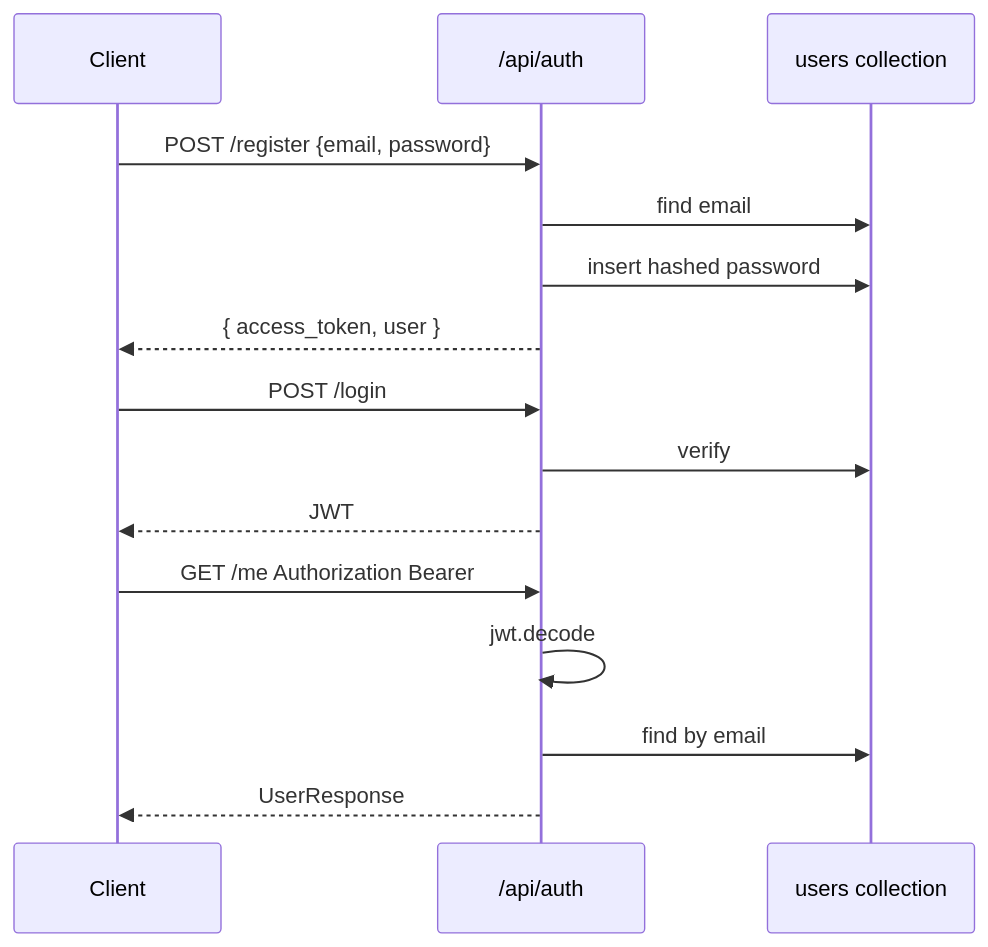
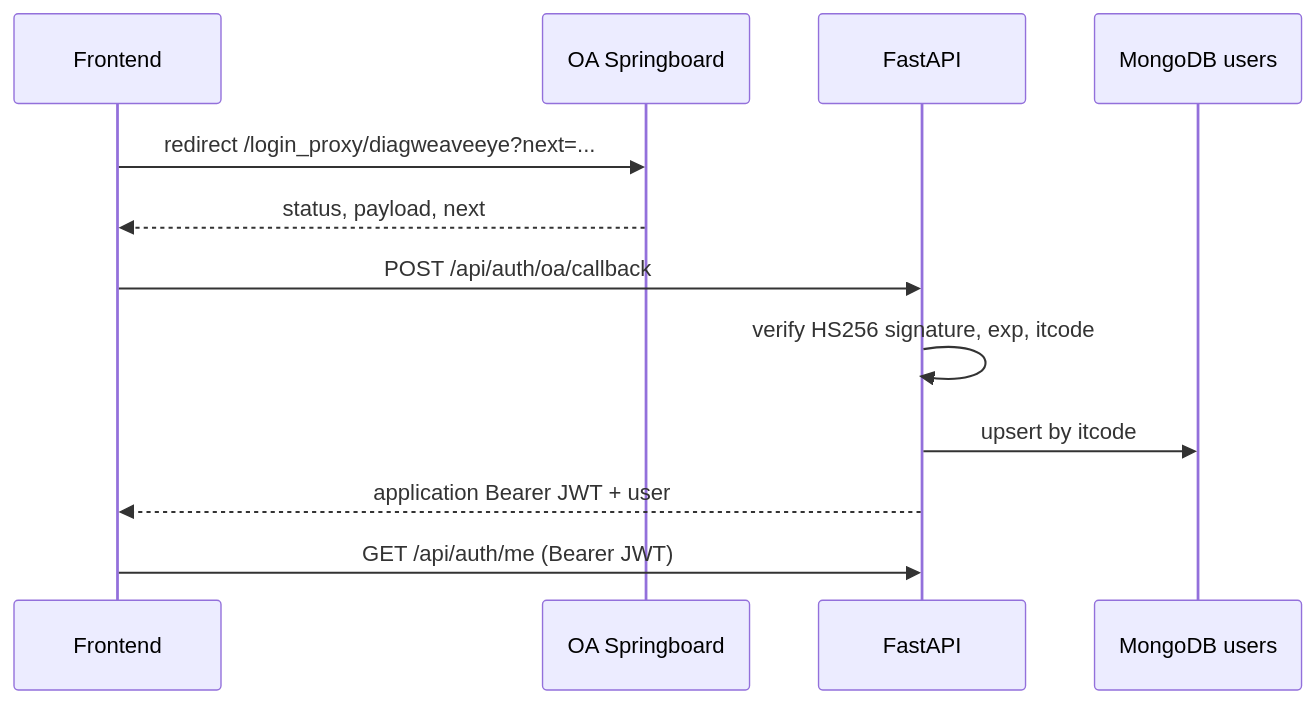
The diagram in diag_backend/docs/workflows/authentication.md (hankerbiao/diag_dashboard), drawn with Mermaid before and after one commit. The commit also changed other lines of this file and 45 other files, not shown here.

````diff
--- a/diag_backend/docs/workflows/authentication.md
+++ b/diag_backend/docs/workflows/authentication.md
@@ -3,20 +3,14 @@
 ```mermaid
 sequenceDiagram
-  participant C as Client
-  participant A as /api/auth
-  participant U as users collection
-
-  C->>A: POST /register {email, password}
-  A->>U: find email
-  A->>U: insert hashed password
-  A-->>C: { access_token, user }
-
-  C->>A: POST /login
-  A->>U: verify
-  A-->>C: JWT
-
-  C->>A: GET /me Authorization Bearer
-  A->>A: jwt.decode
-  A->>U: find by email
-  A-->>C: UserResponse
+  participant C as Frontend
+  participant O as OA Springboard
+  participant A as FastAPI
+  participant U as MongoDB users
+  C->>O: redirect /login_proxy/diagweaveeye?next=...
+  O-->>C: status, payload, next
+  C->>A: POST /api/auth/oa/callback
+  A->>A: verify HS256 signature, exp, itcode
+  A->>U: upsert by itcode
+  A-->>C: application Bearer JWT + user
+  C->>A: GET /api/auth/me (Bearer JWT)
 ```
````
